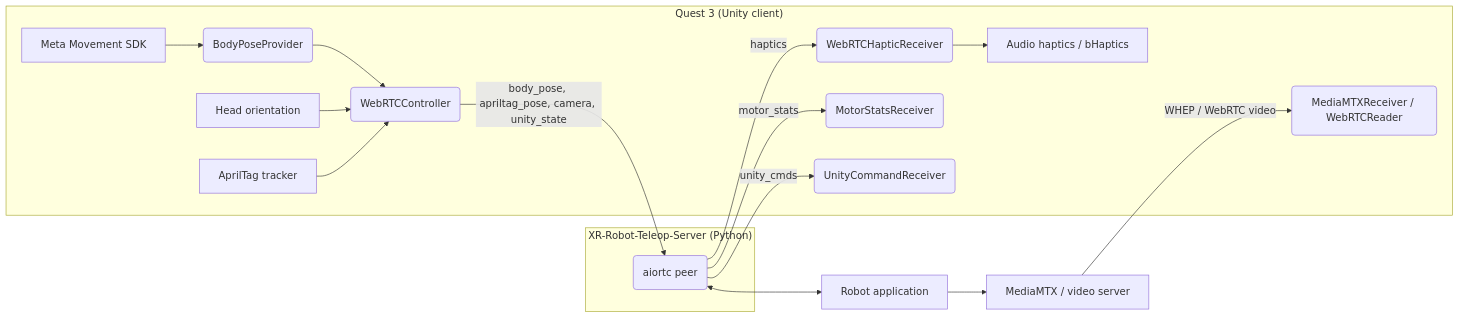
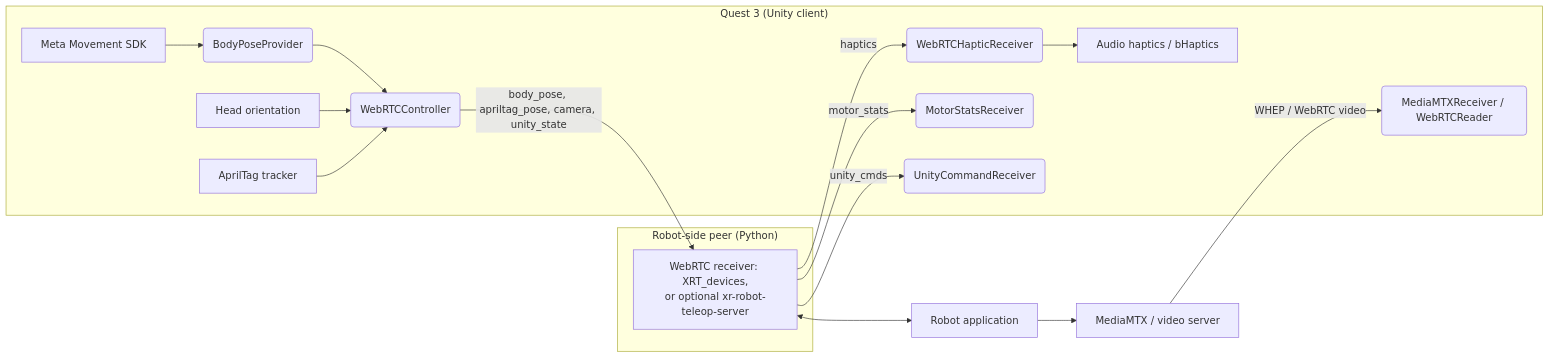
Before and after one commit to Euler-Rodrigues-Lab/XRT-Client: the diagram in README.md, drawn with Mermaid. The commit also changed other lines of this file, not shown here.

First line of the commit message:
docs: make xr-robot-teleop-server optional; document the Unitree G1 setup

````diff
--- a/README.md
+++ b/README.md
@@ -135,29 +155,29 @@
 ```mermaid
 graph LR
     subgraph Quest["Quest 3 (Unity client)"]
         MSDK[Meta Movement SDK] --> BPP(BodyPoseProvider)
         BPP --> WRC(WebRTCController)
         CAM[Head orientation] --> WRC
         TAG[AprilTag tracker] --> WRC
         VID(MediaMTXReceiver / WebRTCReader)
         HAP(WebRTCHapticReceiver)
         MOT(MotorStatsReceiver)
         CMD(UnityCommandReceiver)
         HAP --> AH[Audio haptics / bHaptics]
     end
 
-    subgraph Server["XR-Robot-Teleop-Server (Python)"]
-        SRV(aiortc peer)
+    subgraph Server["Robot-side peer (Python)"]
+        SRV["WebRTC receiver: XRT_devices,<br/>or optional xr-robot-teleop-server"]
     end
 
     APP[Robot application]
     MTX[MediaMTX / video server]
 
     WRC -- "body_pose, apriltag_pose, camera, unity_state" --> SRV
     SRV -- "haptics" --> HAP
     SRV -- "motor_stats" --> MOT
     SRV -- "unity_cmds" --> CMD
     SRV <--> APP
     APP --> MTX
     MTX -- "WHEP / WebRTC video" --> VID
 ```
````
